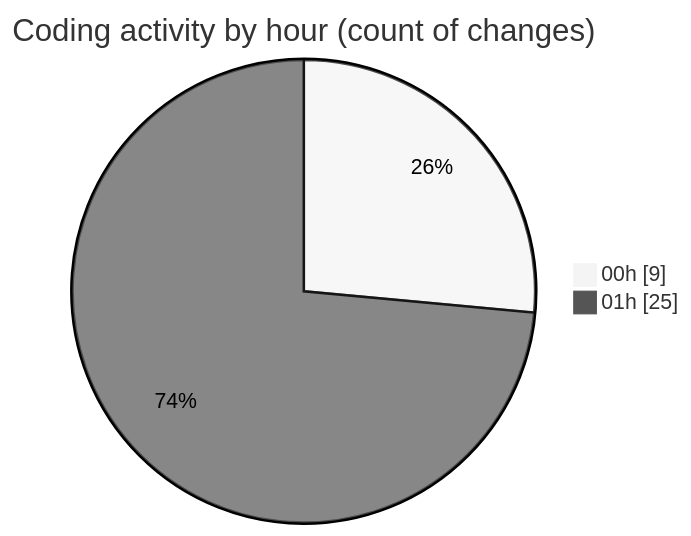
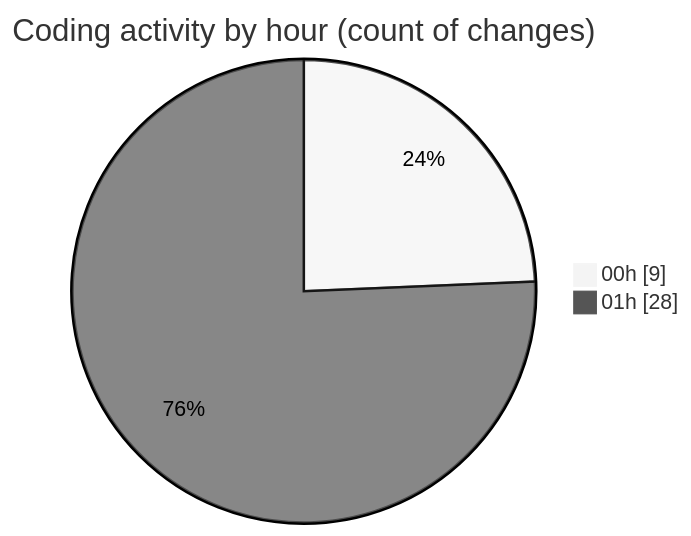
Before and after one commit to julien-gomy/code-tracking: the second of 2 diagrams in 2025-11-18/eventscop-frontend-guide__workspace_/README.md, drawn with Mermaid (neutral theme). The commit also changed other lines of this file and 1 other file, not shown here.

````diff
--- a/2025-11-18/eventscop-frontend-guide__workspace_/README.md
+++ b/2025-11-18/eventscop-frontend-guide__workspace_/README.md
@@ -36,6 +36,6 @@
 ```mermaid
 pie showData
 title Coding activity by hour (count of changes)
 "00h" : 9
-"01h" : 25
+"01h" : 28
 ```
````
